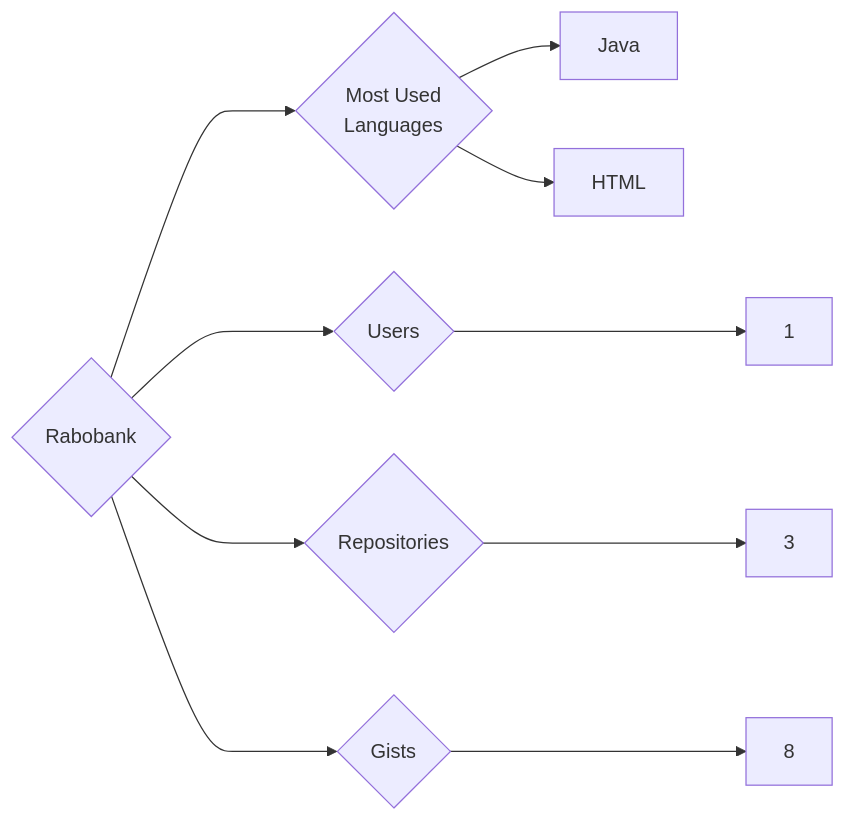
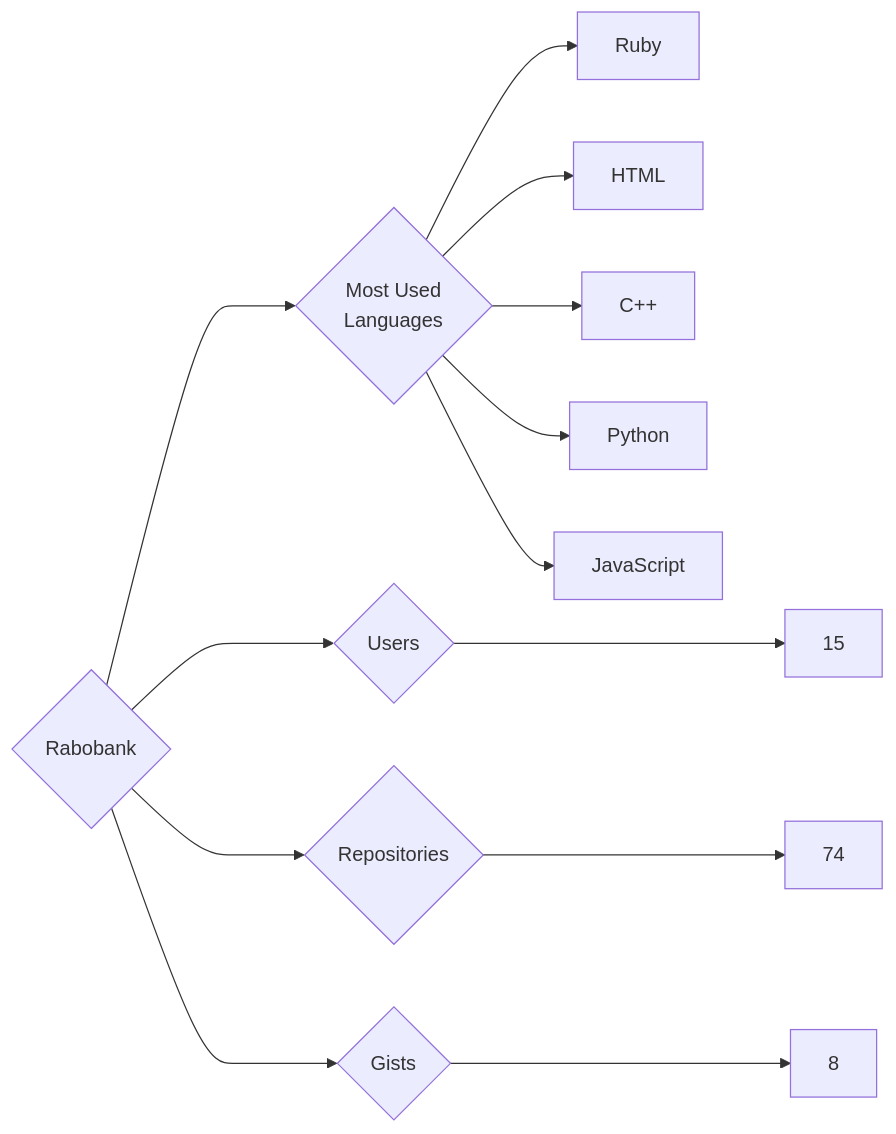
One commit to trickest/insiders changed the diagram in targets/Rabobank/README.md. Above: the diagram before and after it, drawn with Mermaid. The commit also changed 725 other files, not shown here.

````diff
--- a/targets/Rabobank/README.md
+++ b/targets/Rabobank/README.md
@@ -3,10 +3,13 @@
 ```mermaid
 graph LR
 COMPANY_NAME{Rabobank}
-COMPANY_NAME ---> U{Users} ---> UN[1]
-COMPANY_NAME ---> R{Repositories} ---> RN[3]
+COMPANY_NAME ---> U{Users} ---> UN[15]
+COMPANY_NAME ---> R{Repositories} ---> RN[74]
 COMPANY_NAME ---> G{Gists} ---> GN[8]
 COMPANY_NAME ---> ML{Most Used<br>Languages}
-ML --> Java[Java]
+ML --> Ruby[Ruby]
 ML --> HTML[HTML]
+ML --> C++[C++]
+ML --> Python[Python]
+ML --> JavaScript[JavaScript]
 ```
````
